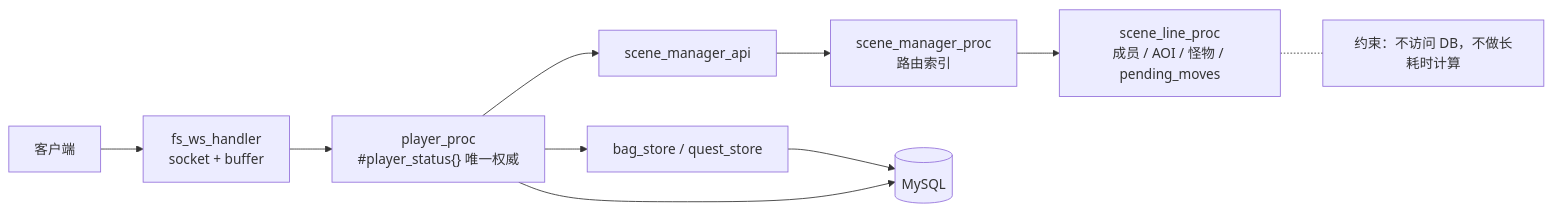
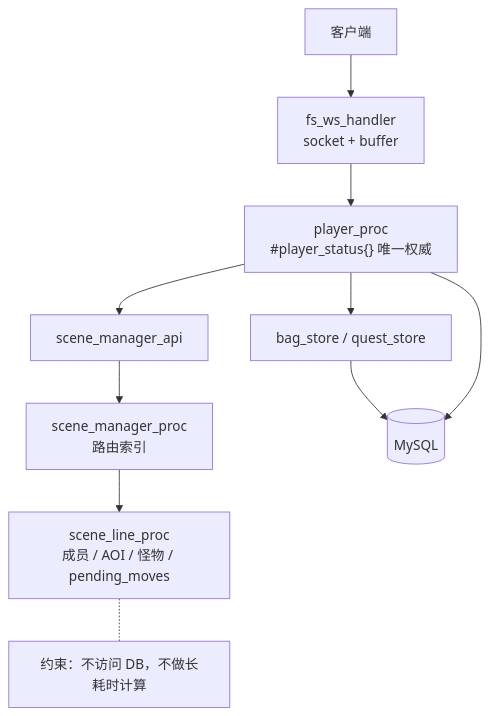
One commit to alex-linxs/alex-linxs.github.io changed the second of 4 diagrams in _posts/2026-11-12-fs-mmo-server-whitepaper.markdown. Above: the diagram before and after it, drawn with Mermaid. The commit also changed other lines of this file, not shown here.

Commit message:
post: fit diagrams to column with click-to-zoom; vertical flowcharts

````diff
--- a/_posts/2026-11-12-fs-mmo-server-whitepaper.markdown
+++ b/_posts/2026-11-12-fs-mmo-server-whitepaper.markdown
@@ -131,12 +131,12 @@
 ```mermaid
-flowchart LR
+flowchart TB
   C["客户端"] --> WS["fs_ws_handler<br/>socket + buffer"]
   WS --> P["player_proc<br/>#player_status{} 唯一权威"]
   P --> API["scene_manager_api"]
   API --> M["scene_manager_proc<br/>路由索引"]
   M --> L["scene_line_proc<br/>成员 / AOI / 怪物 / pending_moves"]
   P --> STORE["bag_store / quest_store"]
   STORE --> DB[("MySQL")]
   P --> DB
   L -.- N["约束：不访问 DB，不做长耗时计算"]
 ```
````
